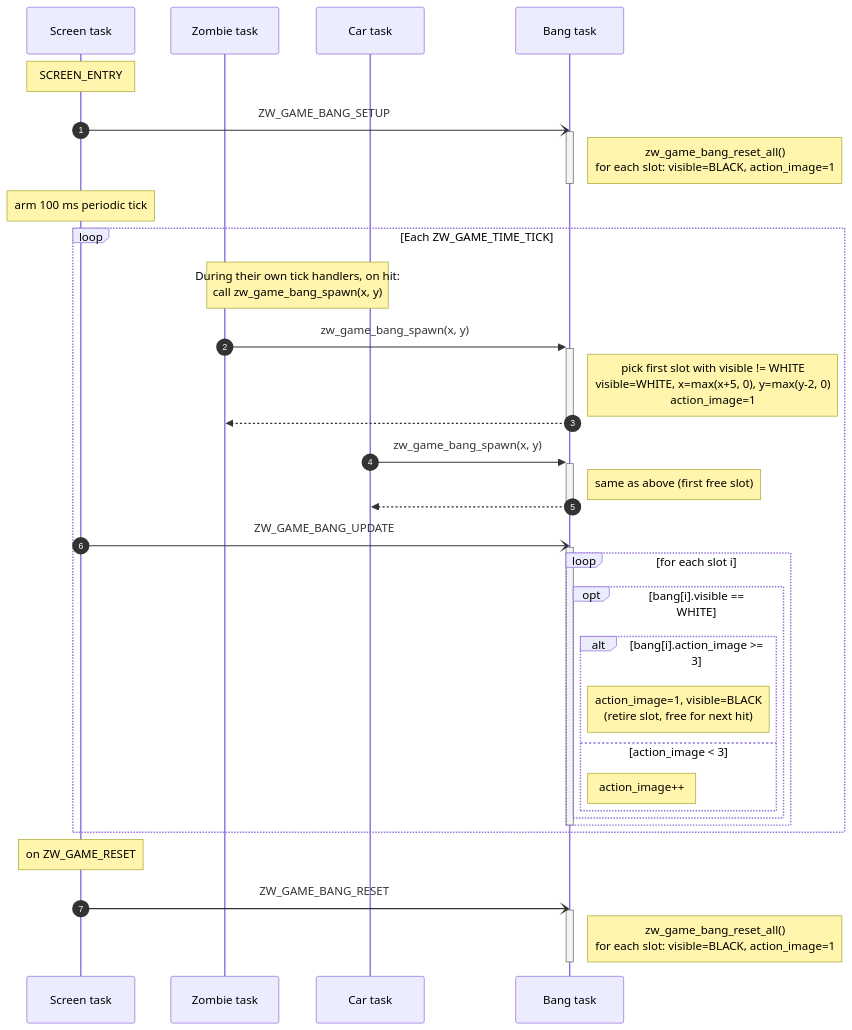
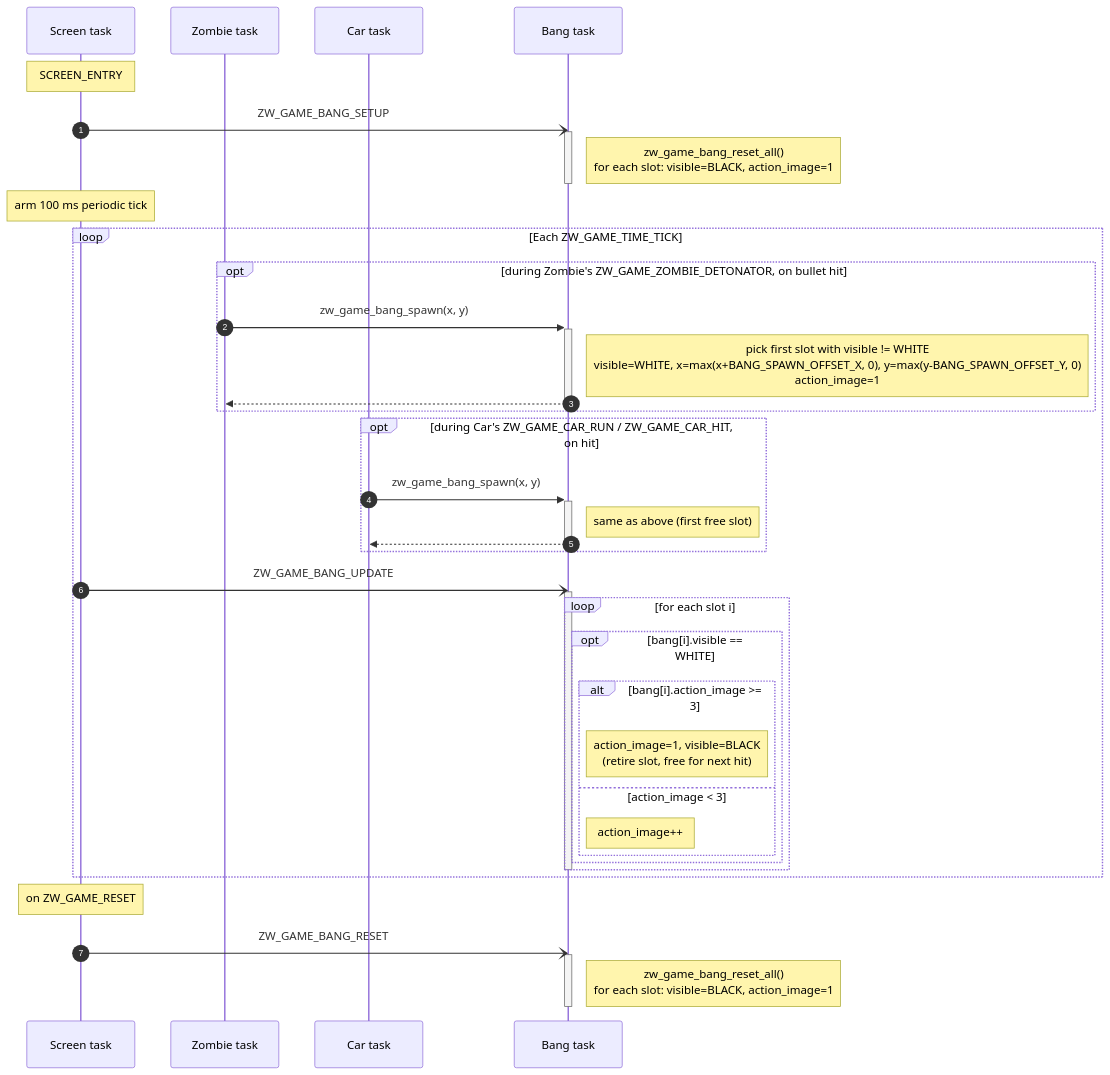
One commit to caotrongphuoc/mini-clock changed the sixth of 7 diagrams in docs/object_sequence.md. Above: the diagram before and after it, drawn with Mermaid. The commit also changed other lines of this file, not shown here.

Commit message:
[UPDATE] objects's sequence follow rules of EDP

````diff
--- a/docs/object_sequence.md
+++ b/docs/object_sequence.md
@@ -330,46 +327,48 @@
 ```mermaid
 sequenceDiagram
     autonumber
     participant Scr as Screen task
     participant Zmb as Zombie task
     participant Car as Car task
     participant Bng as Bang task
 
     Note over Scr: SCREEN_ENTRY
     Scr-)Bng: ZW_GAME_BANG_SETUP
     activate Bng
     Note right of Bng: zw_game_bang_reset_all()<br/>for each slot: visible=BLACK, action_image=1
     deactivate Bng
     Note over Scr: arm 100 ms periodic tick
 
     loop Each ZW_GAME_TIME_TICK
-        Note over Zmb,Car: During their own tick handlers, on hit:<br/>call zw_game_bang_spawn(x, y)
+        opt during Zombie's ZW_GAME_ZOMBIE_DETONATOR, on bullet hit
+            Zmb->>+Bng: zw_game_bang_spawn(x, y)
+            Note right of Bng: pick first slot with visible != WHITE<br/>visible=WHITE, x=max(x+BANG_SPAWN_OFFSET_X, 0), y=max(y-BANG_SPAWN_OFFSET_Y, 0)<br/>action_image=1
+            Bng-->>-Zmb: 
+        end
 
-        Zmb->>+Bng: zw_game_bang_spawn(x, y)
-        Note right of Bng: pick first slot with visible != WHITE<br/>visible=WHITE, x=max(x+5, 0), y=max(y-2, 0)<br/>action_image=1
-        Bng-->>-Zmb: 
-
-        Car->>+Bng: zw_game_bang_spawn(x, y)
-        Note right of Bng: same as above (first free slot)
-        Bng-->>-Car: 
+        opt during Car's ZW_GAME_CAR_RUN / ZW_GAME_CAR_HIT, on hit
+            Car->>+Bng: zw_game_bang_spawn(x, y)
+            Note right of Bng: same as above (first free slot)
+            Bng-->>-Car: 
+        end
 
         Scr-)Bng: ZW_GAME_BANG_UPDATE
         activate Bng
         loop for each slot i
             opt bang[i].visible == WHITE
                 alt bang[i].action_image >= 3
                     Note right of Bng: action_image=1, visible=BLACK<br/>(retire slot, free for next hit)
                 else action_image < 3
                     Note right of Bng: action_image++
                 end
             end
         end
         deactivate Bng
     end
 
     Note over Scr: on ZW_GAME_RESET
     Scr-)Bng: ZW_GAME_BANG_RESET
     activate Bng
     Note right of Bng: zw_game_bang_reset_all()<br/>for each slot: visible=BLACK, action_image=1
     deactivate Bng
 ```
````
